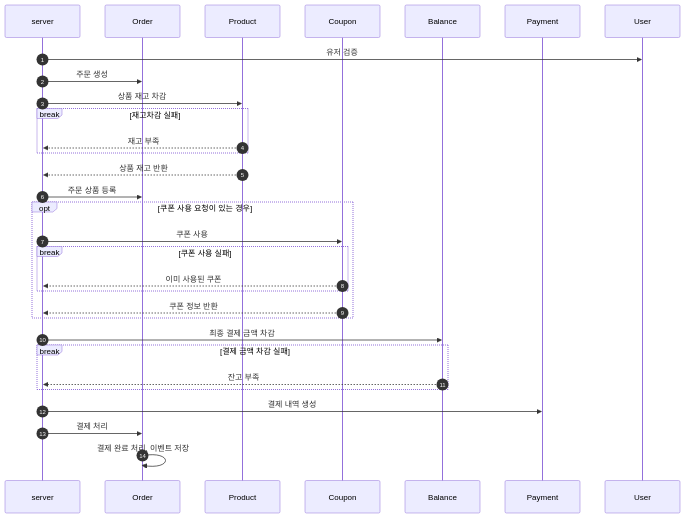
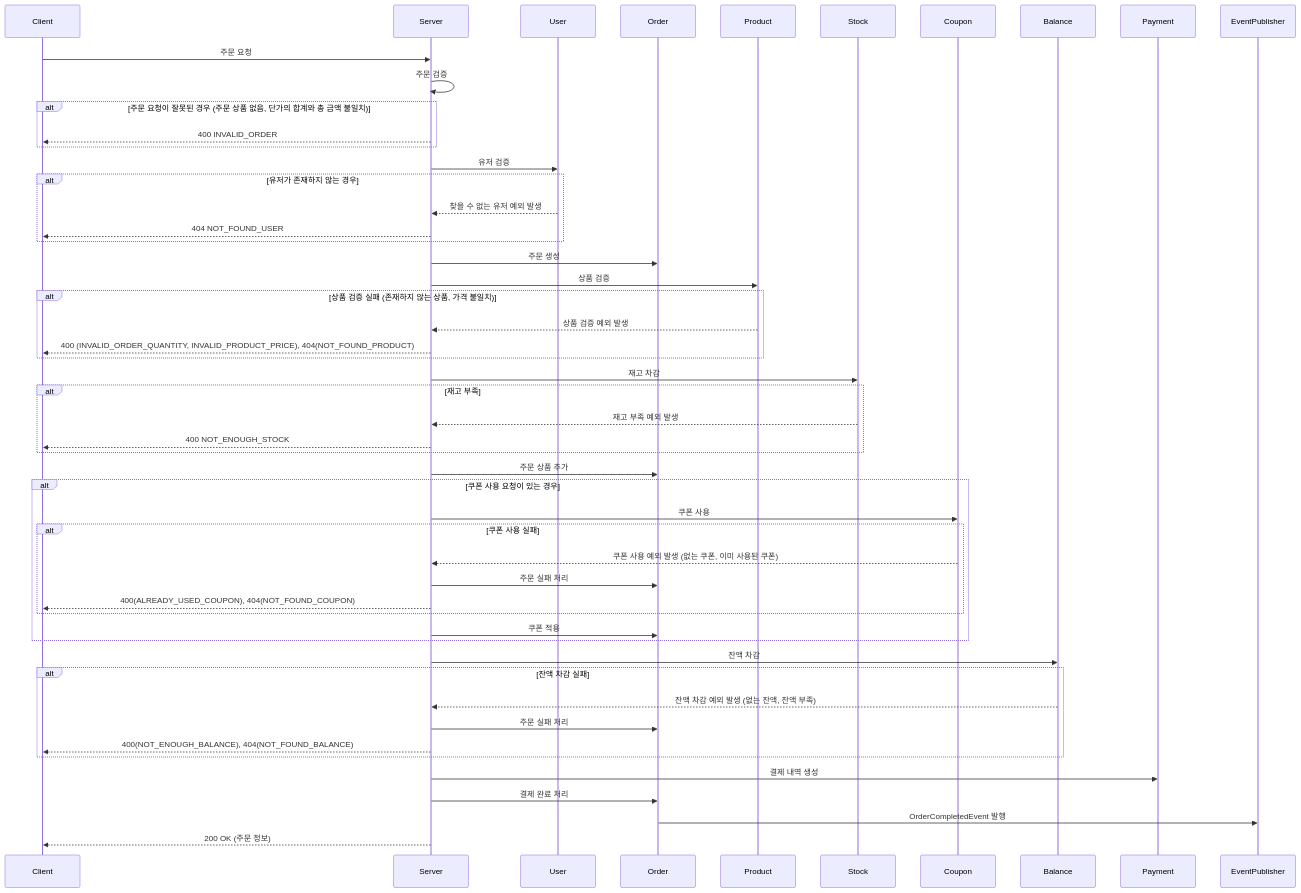
The first of 5 diagrams in docs/specs/order-pay.md (alert-kim/e-commerce), drawn with Mermaid before and after one commit. The commit also changed other lines of this file and 12 other files, not shown here.

````diff
--- a/docs/specs/order-pay.md
+++ b/docs/specs/order-pay.md
@@ -9,36 +12,64 @@
 ```mermaid
 sequenceDiagram
-    autonumber
-    participant server
+    participant Client
+    participant Server
+    participant User
     participant Order
     participant Product
+    participant Stock
     participant Coupon
     participant Balance
     participant Payment
-    server->>User: 유저 검증
-
-    server->>Order: 주문 생성
-
-    server->>Product: 상품 재고 차감
-    break 재고차감 실패 
-        Product -->> server: 재고 부족
-    end    
-    Product -->> server: 상품 재고 반환
-    server->>Order: 주문 상품 등록
     
-    opt 쿠폰 사용 요청이 있는 경우
-      server ->> Coupon: 쿠폰 사용
-      break 쿠폰 사용 실패
-        Coupon -->> server: 이미 사용된 쿠폰
-      end
-      Coupon -->> server: 쿠폰 정보 반환
+    Client ->> Server: 주문 요청
+    
+    Server ->> Server: 주문 검증
+    alt 주문 요청이 잘못된 경우 (주문 상품 없음, 단가의 합계와 총 금액 불일치)
+        Server -->> Client: 400 INVALID_ORDER
     end
 
-    server ->> Balance: 최종 결제 금액 차감
-    break 결제 금액 차감 실패
-      Balance -->> server: 잔고 부족
+    Server ->> User: 유저 검증
+    alt 유저가 존재하지 않는 경우
+        User -->> Server: 찾을 수 없는 유저 예외 발생
+        Server -->> Client: 404 NOT_FOUND_USER
     end
-    server ->> Payment: 결제 내역 생성
-    server ->> Order: 결제 처리
-    Order ->> Order: 결제 완료 처리, 이벤트 저장
+
+    Server ->> Order: 주문 생성
+
+    Server ->> Product: 상품 검증
+    alt 상품 검증 실패 (존재하지 않는 상품, 가격 불일치)
+        Product -->> Server: 상품 검증 예외 발생
+        Server -->> Client: 400 (INVALID_ORDER_QUANTITY, INVALID_PRODUCT_PRICE), 404(NOT_FOUND_PRODUCT)
+    end
+
+    Server ->> Stock: 재고 차감
+    alt 재고 부족
+        Stock -->> Server: 재고 부족 예외 발생
+        Server -->> Client: 400 NOT_ENOUGH_STOCK
+    end
+
+    Server ->> Order: 주문 상품 추가
+    
+    alt 쿠폰 사용 요청이 있는 경우
+        Server ->> Coupon: 쿠폰 사용
+        alt 쿠폰 사용 실패
+            Coupon -->> Server: 쿠폰 사용 예외 발생 (없는 쿠폰, 이미 사용된 쿠폰)
+            Server ->> Order: 주문 실패 처리
+            Server -->> Client: 400(ALREADY_USED_COUPON), 404(NOT_FOUND_COUPON)
+        end
+        Server ->> Order: 쿠폰 적용
+    end
+
+    Server ->> Balance: 잔액 차감
+    alt 잔액 차감 실패
+        Balance -->> Server: 잔액 차감 예외 발생 (없는 잔액, 잔액 부족)
+        Server  ->> Order: 주문 실패 처리
+        Server -->> Client: 400(NOT_ENOUGH_BALANCE), 404(NOT_FOUND_BALANCE)
+    end
+
+    Server ->> Payment: 결제 내역 생성
+    Server ->> Order: 결제 완료 처리
+
+    Order ->> EventPublisher: OrderCompletedEvent 발행
+    Server -->> Client: 200 OK (주문 정보)
 ```
````
